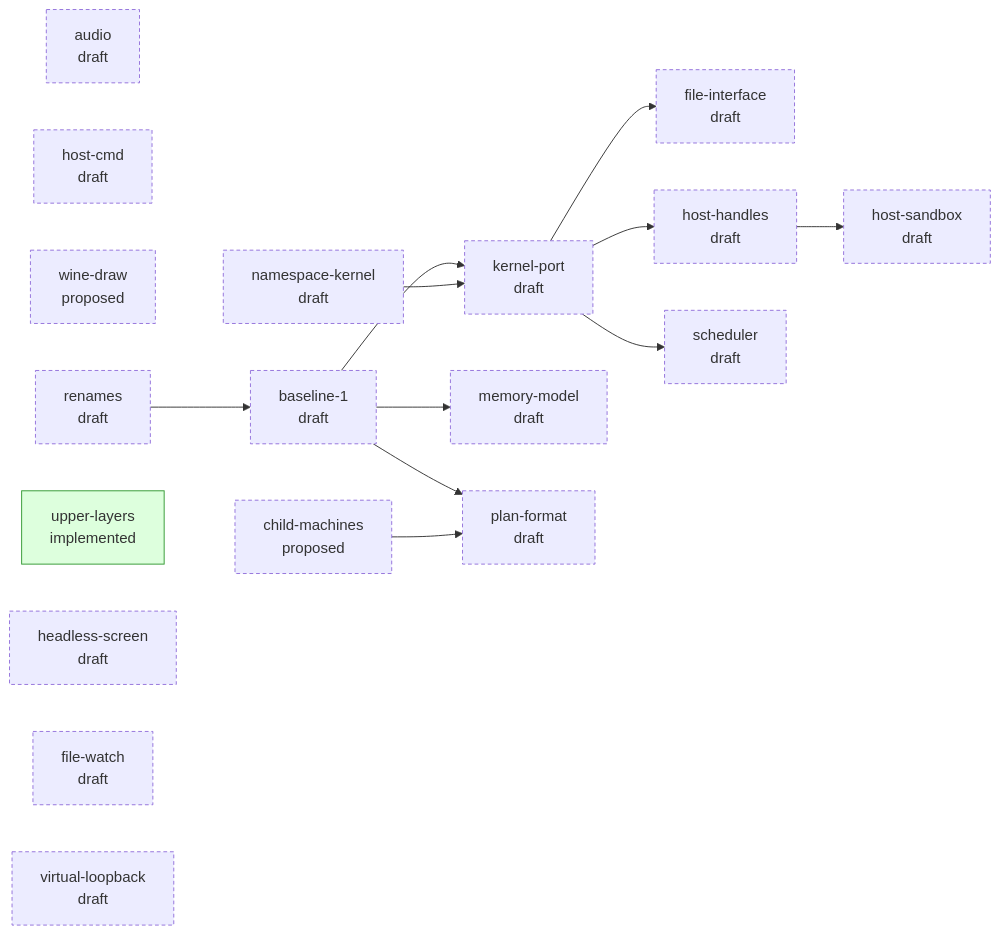
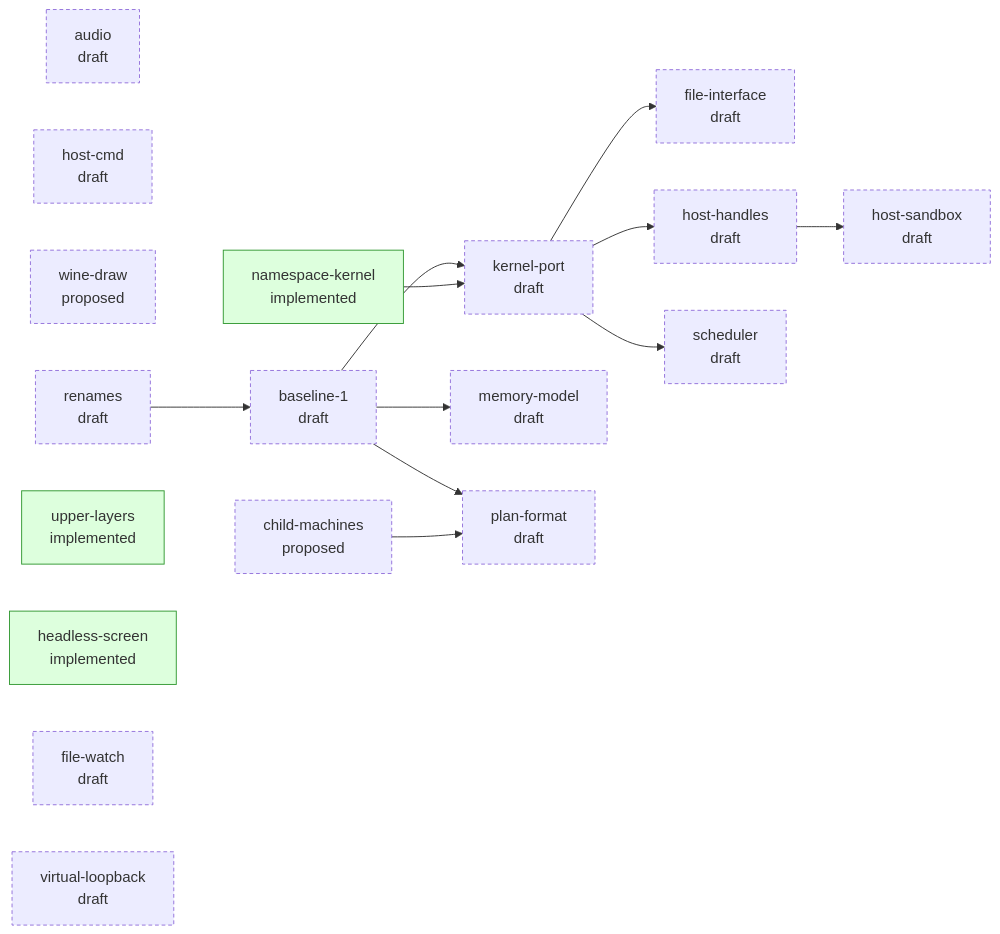
Before and after one commit to progrium/hyper9: the diagram in design/STATUS.md, drawn with Mermaid. The commit also changed other lines of this file, not shown here.

````diff
--- a/design/STATUS.md
+++ b/design/STATUS.md
@@ -28,35 +28,35 @@
 ```mermaid
 flowchart LR
   classDef draft stroke-dasharray: 4 3
   classDef accepted stroke-width: 2px
   classDef implemented fill:#dfd,stroke:#393
   classDef closed fill:#eee,stroke:#999,color:#777
   p_host_sandbox["host-sandbox<br/>draft"]:::draft
   p_audio["audio<br/>draft"]:::draft
   p_host_cmd["host-cmd<br/>draft"]:::draft
   p_child_machines["child-machines<br/>proposed"]:::draft
   p_wine_draw["wine-draw<br/>proposed"]:::draft
-  p_namespace_kernel["namespace-kernel<br/>draft"]:::draft
+  p_namespace_kernel["namespace-kernel<br/>implemented"]:::implemented
   p_baseline_1["baseline-1<br/>draft"]:::draft
   p_file_interface["file-interface<br/>draft"]:::draft
   p_host_handles["host-handles<br/>draft"]:::draft
   p_kernel_port["kernel-port<br/>draft"]:::draft
   p_memory_model["memory-model<br/>draft"]:::draft
   p_plan_format["plan-format<br/>draft"]:::draft
   p_renames["renames<br/>draft"]:::draft
   p_scheduler["scheduler<br/>draft"]:::draft
   p_upper_layers["upper-layers<br/>implemented"]:::implemented
-  p_headless_screen["headless-screen<br/>draft"]:::draft
+  p_headless_screen["headless-screen<br/>implemented"]:::implemented
   p_file_watch["file-watch<br/>draft"]:::draft
   p_virtual_loopback["virtual-loopback<br/>draft"]:::draft
   p_host_handles --> p_host_sandbox
   p_renames --> p_baseline_1
   p_kernel_port --> p_file_interface
   p_kernel_port --> p_host_handles
   p_baseline_1 --> p_kernel_port
   p_namespace_kernel --> p_kernel_port
   p_baseline_1 --> p_memory_model
   p_baseline_1 --> p_plan_format
   p_child_machines --> p_plan_format
   p_kernel_port --> p_scheduler
 ```
````
